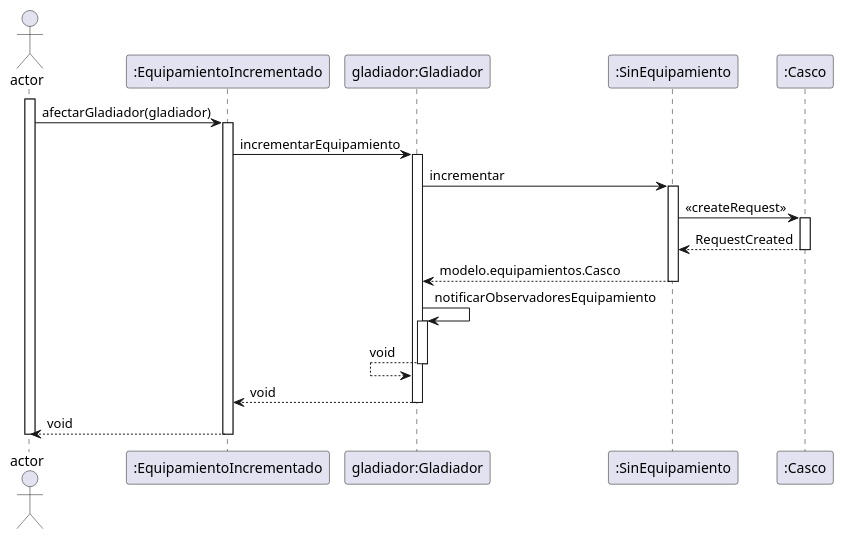
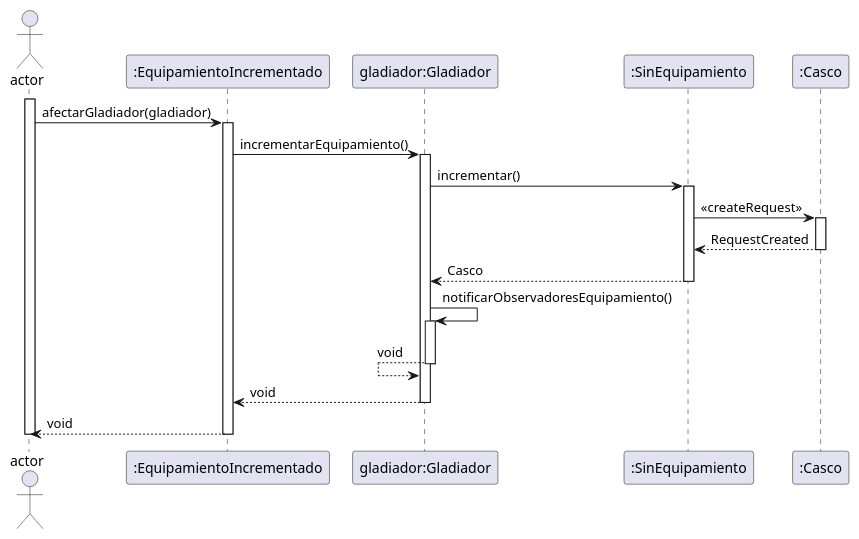
One commit to RodriguezNazareno56/FIUBA-Algo3-TP2 changed the diagram in diagrams/sequences/CasoDeUso5Test_verificarQueSiRecibeUnPremioPorPrimeraVezObtieneUnCasco.plantuml. Above: the diagram before and after it, drawn with PlantUML. The commit also changed 8 other files, not shown here.

Commit message:
ultimo refactor sobre los diagramas de secuencias (#204)

```diff
--- a/diagrams/sequences/CasoDeUso5Test_verificarQueSiRecibeUnPremioPorPrimeraVezObtieneUnCasco.plantuml
+++ b/diagrams/sequences/CasoDeUso5Test_verificarQueSiRecibeUnPremioPorPrimeraVezObtieneUnCasco.plantuml
@@ -1,32 +1,32 @@
 @startuml
 actor actor as "actor"
 participant EquipamientoIncrementado as ":EquipamientoIncrementado"
 participant Gladiador as "gladiador:Gladiador"
 participant SinEquipamiento as ":SinEquipamiento"
 participant Casco as ":Casco"
   Note right
 Recibe un premio por primera vez y obtiene un casco
   End note
   activate actor
     actor->EquipamientoIncrementado: afectarGladiador(gladiador)
     activate EquipamientoIncrementado
-      EquipamientoIncrementado->Gladiador: incrementarEquipamiento
+      EquipamientoIncrementado->Gladiador: incrementarEquipamiento()
       activate Gladiador
-        Gladiador->SinEquipamiento: incrementar
+        Gladiador->SinEquipamiento: incrementar()
         activate SinEquipamiento
           SinEquipamiento->Casco: << createRequest >>
           activate Casco
           Casco-->SinEquipamiento: RequestCreated
           deactivate Casco
-        Gladiador<--SinEquipamiento: modelo.equipamientos.Casco
+        Gladiador<--SinEquipamiento: Casco
         deactivate SinEquipamiento
-        Gladiador->Gladiador: notificarObservadoresEquipamiento
+        Gladiador->Gladiador: notificarObservadoresEquipamiento()
         activate Gladiador
         Gladiador<--Gladiador: void
         deactivate Gladiador
       EquipamientoIncrementado<--Gladiador: void
       deactivate Gladiador
     actor<--EquipamientoIncrementado: void
     deactivate EquipamientoIncrementado
   deactivate actor
 @enduml
```
